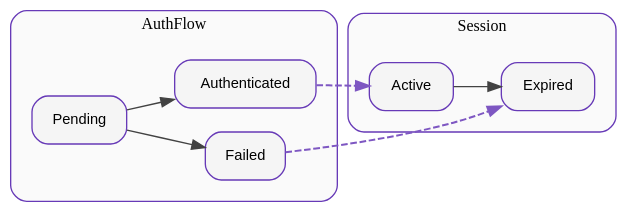
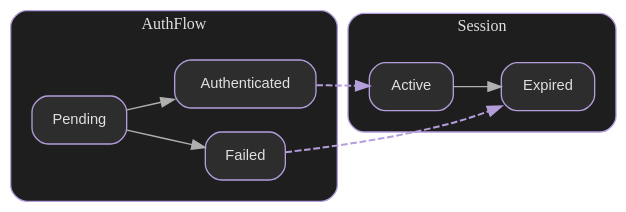
The fourth of 4 diagrams in docs/guide/visualization.md (elijahr/nim-typestates), drawn with Graphviz before and after one commit. The commit also changed other lines of this file and 9 other files, not shown here.

First line of the commit message:
feat(viz): dark mode styling for diagrams matching mkdocs-material slate theme

````diff
--- a/docs/guide/visualization.md
+++ b/docs/guide/visualization.md
@@ -304,46 +307,48 @@
 ```dot
 digraph {
   rankdir=LR;
   bgcolor="transparent";
   pad=0.5;
 
-  node [shape=box, style="rounded,filled", fillcolor="#f5f5f5", color="#673ab7", fontname="Helvetica", fontsize=11, margin="0.2,0.1"];
-  edge [fontname="Helvetica", fontsize=9, color="#424242"];
+  node [shape=box, style="rounded,filled", fillcolor="#2d2d2d", color="#b39ddb", fontcolor="#e0e0e0", fontname="Helvetica", fontsize=11, margin="0.2,0.1"];
+  edge [fontname="Helvetica", fontsize=9, color="#b0b0b0"];
 
   subgraph cluster_Session {
     label="Session";
     fontname="Helvetica Bold";
     fontsize=12;
+    fontcolor="#e0e0e0";
     style="rounded";
-    color="#673ab7";
-    bgcolor="#fafafa";
+    color="#b39ddb";
+    bgcolor="#1e1e1e";
     margin=16;
 
     Active;
     Expired;
 
     Active -> Expired;
   }
 
   subgraph cluster_AuthFlow {
     label="AuthFlow";
     fontname="Helvetica Bold";
     fontsize=12;
+    fontcolor="#e0e0e0";
     style="rounded";
-    color="#673ab7";
-    bgcolor="#fafafa";
+    color="#b39ddb";
+    bgcolor="#1e1e1e";
     margin=16;
 
     Pending;
     Authenticated;
     Failed;
 
     Pending -> Authenticated;
     Pending -> Failed;
   }
 
   // Bridges (cross-typestate)
-  Authenticated -> Active [style=dashed, color="#7e57c2", penwidth=1.5];
-  Failed -> Expired [style=dashed, color="#7e57c2", penwidth=1.5];
+  Authenticated -> Active [style=dashed, color="#b39ddb", penwidth=1.5];
+  Failed -> Expired [style=dashed, color="#b39ddb", penwidth=1.5];
 }
 ```
````
